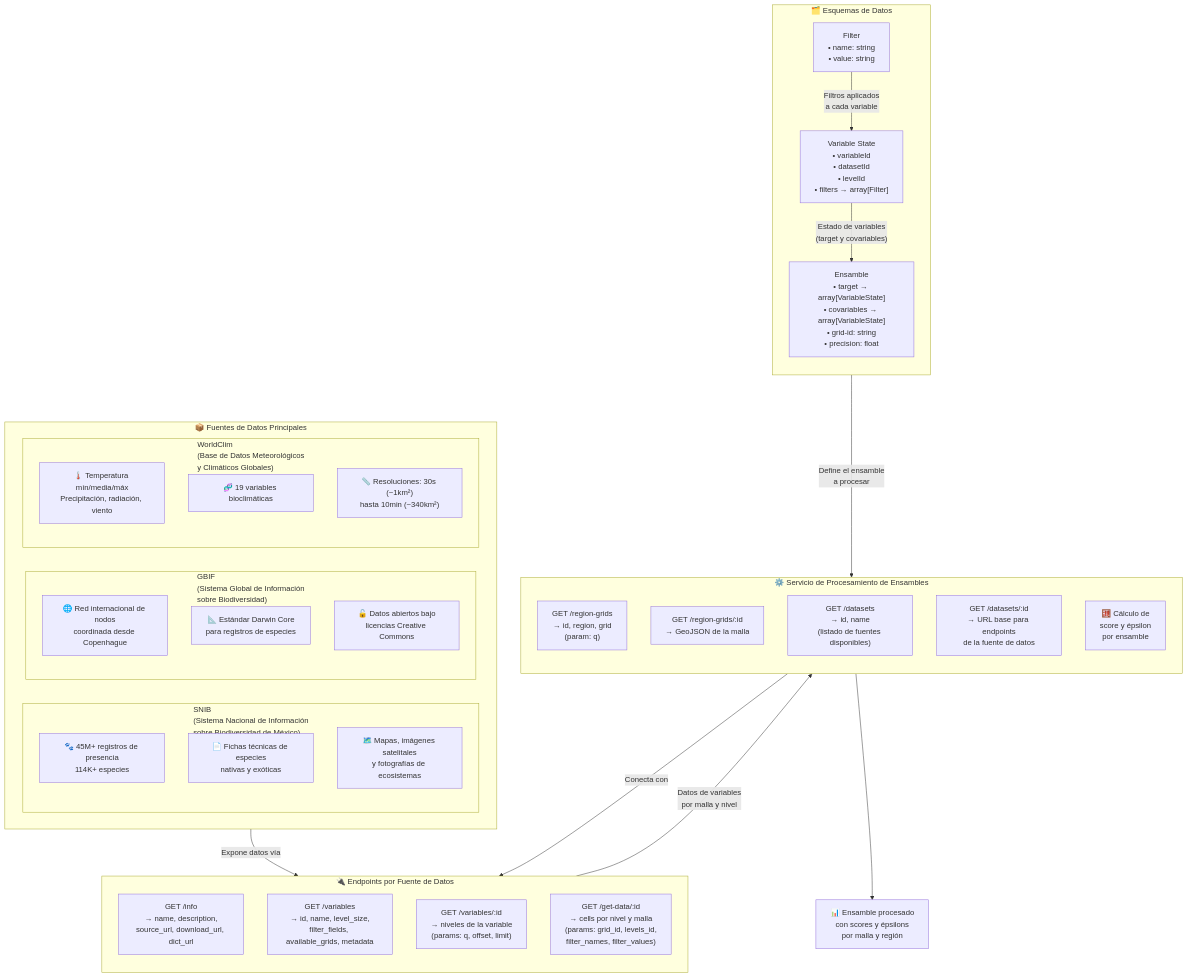
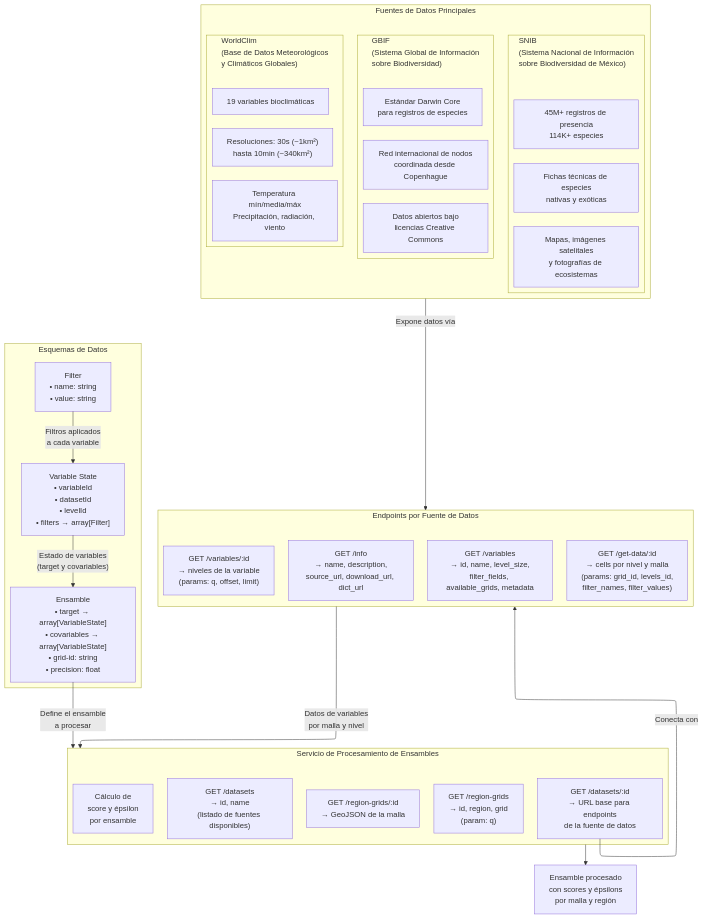
The diagram in endpoints.mmd (Jucaski/new_architecture), drawn with Mermaid before and after one commit. The commit also changed other lines of this file, not shown here.

```diff
--- a/endpoints.mmd
+++ b/endpoints.mmd
@@ -1,67 +1,71 @@
+---
+config:
+  layout: elk
+---
 flowchart TD
 
-    subgraph FUENTES["📦 Fuentes de Datos Principales"]
+    subgraph FUENTES["Fuentes de Datos Principales"]
         direction LR
 
-        subgraph SNIB["SNIB\n(Sistema Nacional de Información\nsobre Biodiversidad de México)"]
-            S1["🐾 45M+ registros de presencia\n114K+ especies"]
-            S2["📄 Fichas técnicas de especies\nnativas y exóticas"]
-            S3["🗺️ Mapas, imágenes satelitales\ny fotografías de ecosistemas"]
+        subgraph SNIB["SNIB<br/>(Sistema Nacional de Información<br/>sobre Biodiversidad de México)"]
+            S1["45M+ registros de presencia<br/>114K+ especies"]
+            S2["Fichas técnicas de especies<br/>nativas y exóticas"]
+            S3["Mapas, imágenes satelitales<br/>y fotografías de ecosistemas"]
         end
 
-        subgraph GBIF["GBIF\n(Sistema Global de Información\nsobre Biodiversidad)"]
-            G1["🌐 Red internacional de nodos\ncoordinada desde Copenhague"]
-            G2["📐 Estándar Darwin Core\npara registros de especies"]
-            G3["🔓 Datos abiertos bajo\nlicencias Creative Commons"]
+        subgraph GBIF["GBIF<br/>(Sistema Global de Información<br/>sobre Biodiversidad)"]
+            G1["Red internacional de nodos<br/>coordinada desde Copenhague"]
+            G2["Estándar Darwin Core<br/>para registros de especies"]
+            G3["Datos abiertos bajo<br/>licencias Creative Commons"]
         end
 
-        subgraph WORLDCLIM["WorldClim\n(Base de Datos Meteorológicos\ny Climáticos Globales)"]
-            W1["🌡️ Temperatura mín/media/máx\nPrecipitación, radiación, viento"]
-            W2["🧬 19 variables bioclimáticas"]
-            W3["📏 Resoluciones: 30s (~1km²)\nhasta 10min (~340km²)"]
+        subgraph WORLDCLIM["WorldClim<br/>(Base de Datos Meteorológicos<br/>y Climáticos Globales)"]
+            W1["Temperatura mín/media/máx<br/>Precipitación, radiación, viento"]
+            W2["19 variables bioclimáticas"]
+            W3["Resoluciones: 30s (~1km²)<br/>hasta 10min (~340km²)"]
         end
     end
 
-    subgraph API_FUENTE["🔌 Endpoints por Fuente de Datos"]
+    subgraph API_FUENTE["Endpoints por Fuente de Datos"]
         direction TB
 
-        EP1["GET /info\n→ name, description,\nsource_url, download_url, dict_url"]
+        EP1["GET /info<br/>→ name, description,<br/>source_url, download_url, dict_url"]
 
-        EP2["GET /variables\n→ id, name, level_size,\nfilter_fields, available_grids, metadata"]
+        EP2["GET /variables<br/>→ id, name, level_size,<br/>filter_fields, available_grids, metadata"]
 
-        EP3["GET /variables/:id\n→ niveles de la variable\n(params: q, offset, limit)"]
+        EP3["GET /variables/:id<br/>→ niveles de la variable<br/>(params: q, offset, limit)"]
 
-        EP4["GET /get-data/:id\n→ cells por nivel y malla\n(params: grid_id, levels_id,\nfilter_names, filter_values)"]
+        EP4["GET /get-data/:id<br/>→ cells por nivel y malla<br/>(params: grid_id, levels_id,<br/>filter_names, filter_values)"]
     end
 
-    subgraph SCHEMAS["🗂️ Esquemas de Datos"]
+    subgraph SCHEMAS["Esquemas de Datos"]
         direction TB
 
-        SC1["Filter\n• name: string\n• value: string"]
+        SC1["Filter<br/>• name: string<br/>• value: string"]
 
-        SC2["Variable State\n• variableId\n• datasetId\n• levelId\n• filters → array[Filter]"]
+        SC2["Variable State<br/>• variableId<br/>• datasetId<br/>• levelId<br/>• filters → array[Filter]"]
 
-        SC3["Ensamble\n• target → array[VariableState]\n• covariables → array[VariableState]\n• grid-id: string\n• precision: float"]
+        SC3["Ensamble<br/>• target → array[VariableState]<br/>• covariables → array[VariableState]<br/>• grid-id: string<br/>• precision: float"]
     end
 
-    subgraph SERVICIO["⚙️ Servicio de Procesamiento de Ensambles"]
+    subgraph SERVICIO["Servicio de Procesamiento de Ensambles"]
         direction TB
 
-        SV1["GET /region-grids\n→ id, region, grid\n(param: q)"]
+        SV1["GET /region-grids<br/>→ id, region, grid<br/>(param: q)"]
 
-        SV2["GET /region-grids/:id\n→ GeoJSON de la malla"]
+        SV2["GET /region-grids/:id<br/>→ GeoJSON de la malla"]
 
-        SV3["GET /datasets\n→ id, name\n(listado de fuentes disponibles)"]
+        SV3["GET /datasets<br/>→ id, name<br/>(listado de fuentes disponibles)"]
 
-        SV4["GET /datasets/:id\n→ URL base para endpoints\nde la fuente de datos"]
+        SV4["GET /datasets/:id<br/>→ URL base para endpoints<br/>de la fuente de datos"]
 
-        SV5["🧮 Cálculo de\nscore y épsilon\npor ensamble"]
+        SV5["Cálculo de<br/>score y épsilon<br/>por ensamble"]
     end
 
     FUENTES -->|"Expone datos vía"| API_FUENTE
-    API_FUENTE -->|"Datos de variables\npor malla y nivel"| SERVICIO
-    SC3 -->|"Define el ensamble\na procesar"| SERVICIO
-    SC2 -->|"Estado de variables\n(target y covariables)"| SC3
-    SC1 -->|"Filtros aplicados\na cada variable"| SC2
+    API_FUENTE -->|"Datos de variables<br/>por malla y nivel"| SERVICIO
+    SC3 -->|"Define el ensamble<br/>a procesar"| SERVICIO
+    SC2 -->|"Estado de variables<br/>(target y covariables)"| SC3
+    SC1 -->|"Filtros aplicados<br/>a cada variable"| SC2
     SV4 -->|"Conecta con"| API_FUENTE
-    SERVICIO --> OUT["📊 Ensamble procesado\ncon scores y épsilons\npor malla y región"]
+    SERVICIO --> OUT["Ensamble procesado<br/>con scores y épsilons<br/>por malla y región"]
```
